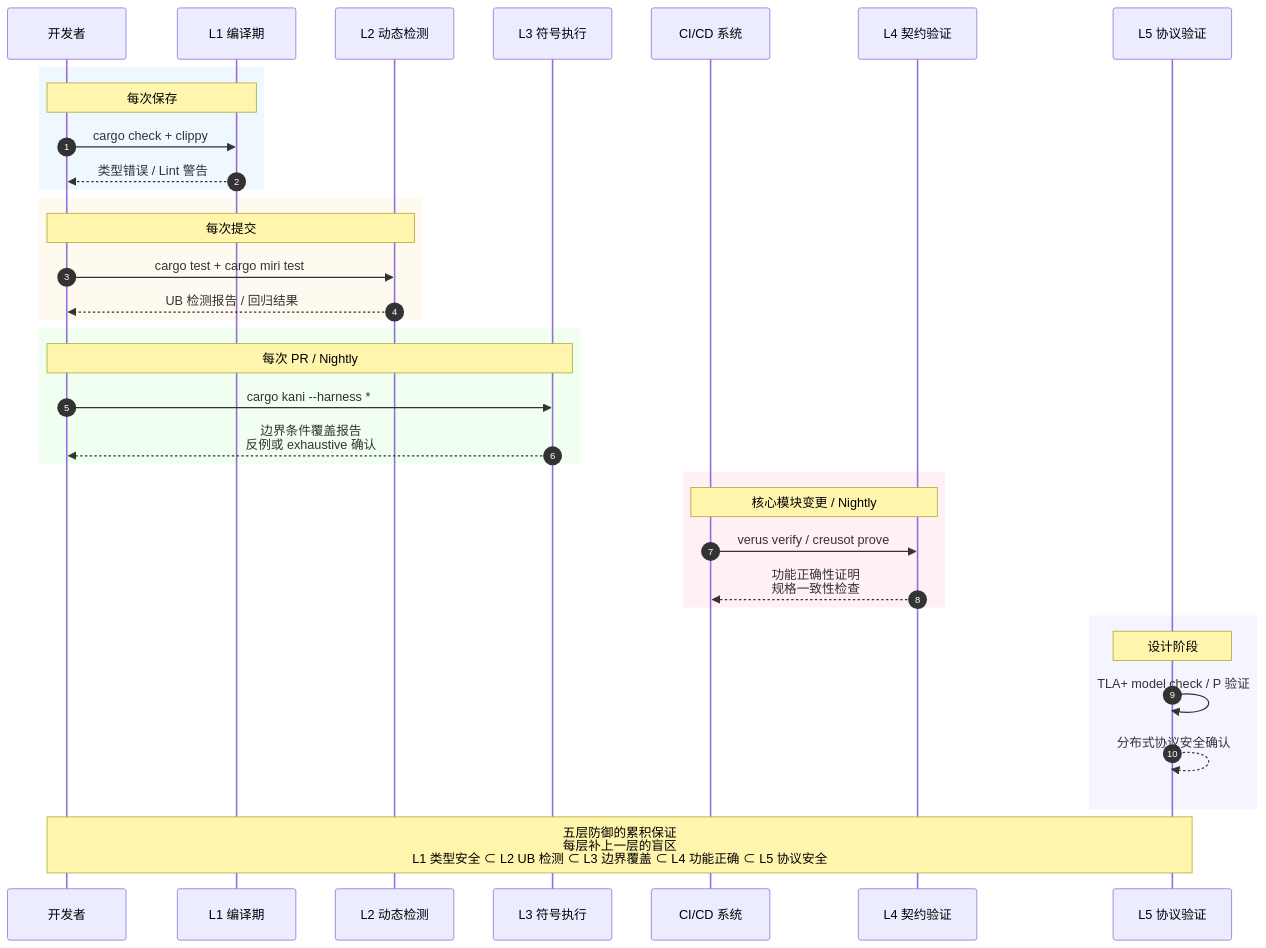
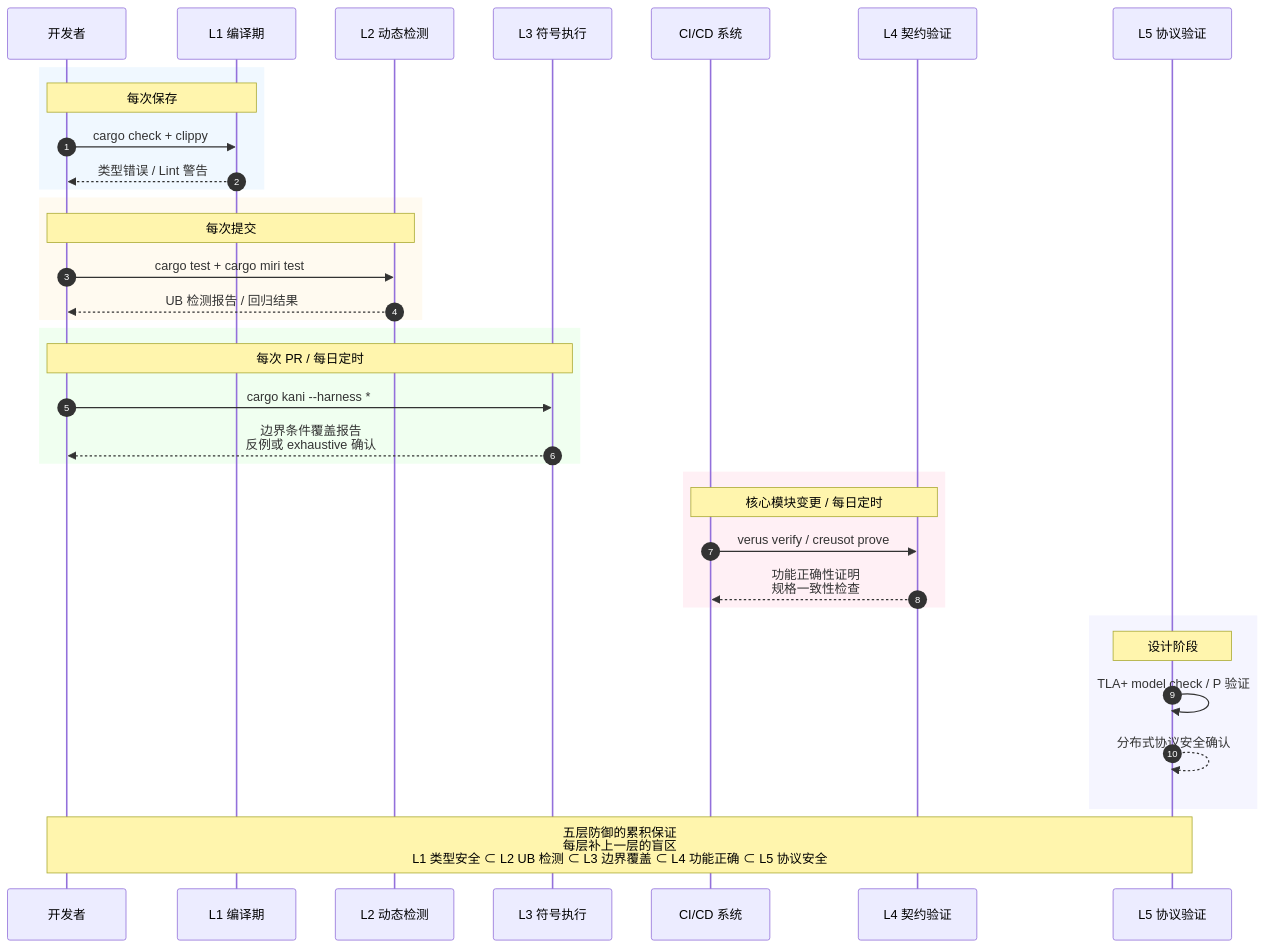
The third of 4 diagrams in concept/04_formal/04_model_checking/05_verification_toolchain.md (martin-ly/rust-lang), drawn with Mermaid before and after one commit. The commit also changed other lines of this file and 751 other files, not shown here.

````diff
--- a/concept/04_formal/04_model_checking/05_verification_toolchain.md
+++ b/concept/04_formal/04_model_checking/05_verification_toolchain.md
@@ -559,43 +559,43 @@
 ```mermaid
 sequenceDiagram
     autonumber
     participant Dev as 开发者
     participant L1 as L1 编译期
     participant L2 as L2 动态检测
     participant L3 as L3 符号执行
     participant CI as CI/CD 系统
     participant L4 as L4 契约验证
     participant L5 as L5 协议验证
 
     rect rgb(240, 248, 255)
         Note over Dev,L1: 每次保存
         Dev->>L1: cargo check + clippy
         L1-->>Dev: 类型错误 / Lint 警告
     end
 
     rect rgb(255, 250, 240)
         Note over Dev,L2: 每次提交
         Dev->>L2: cargo test + cargo miri test
         L2-->>Dev: UB 检测报告 / 回归结果
     end
 
     rect rgb(240, 255, 240)
-        Note over Dev,L3: 每次 PR / Nightly
+        Note over Dev,L3: 每次 PR / 每日定时
         Dev->>L3: cargo kani --harness *
         L3-->>Dev: 边界条件覆盖报告<br/>反例或 exhaustive 确认
     end
 
     rect rgb(255, 240, 245)
-        Note over CI,L4: 核心模块变更 / Nightly
+        Note over CI,L4: 核心模块变更 / 每日定时
         CI->>L4: verus verify / creusot prove
         L4-->>CI: 功能正确性证明<br/>规格一致性检查
     end
 
     rect rgb(245, 245, 255)
         Note over L5: 设计阶段
         L5->>L5: TLA+ model check / P 验证
         L5-->>L5: 分布式协议安全确认
     end
 
     Note over Dev,L5: 五层防御的累积保证<br/>每层补上一层的盲区<br/>L1 类型安全 ⊂ L2 UB 检测 ⊂ L3 边界覆盖 ⊂ L4 功能正确 ⊂ L5 协议安全
 ```
````
